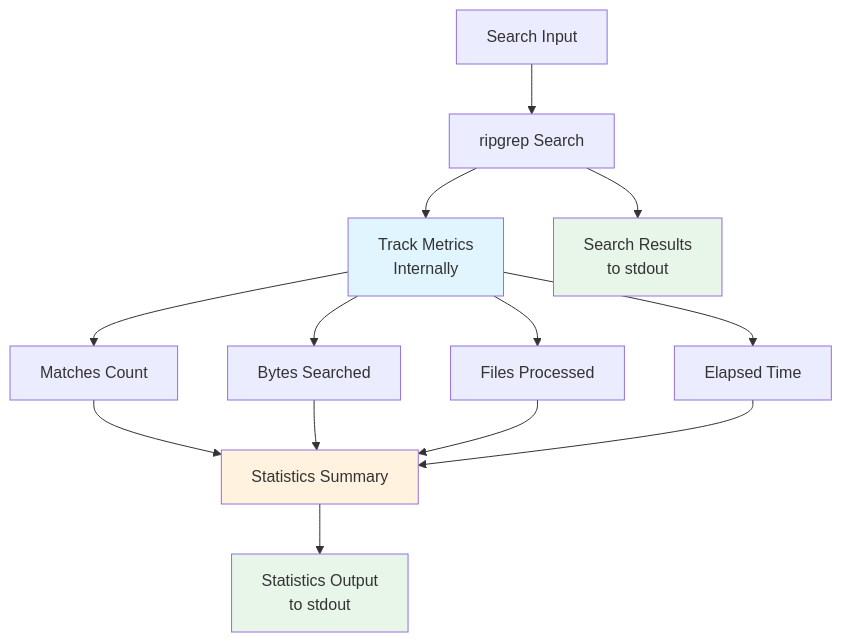
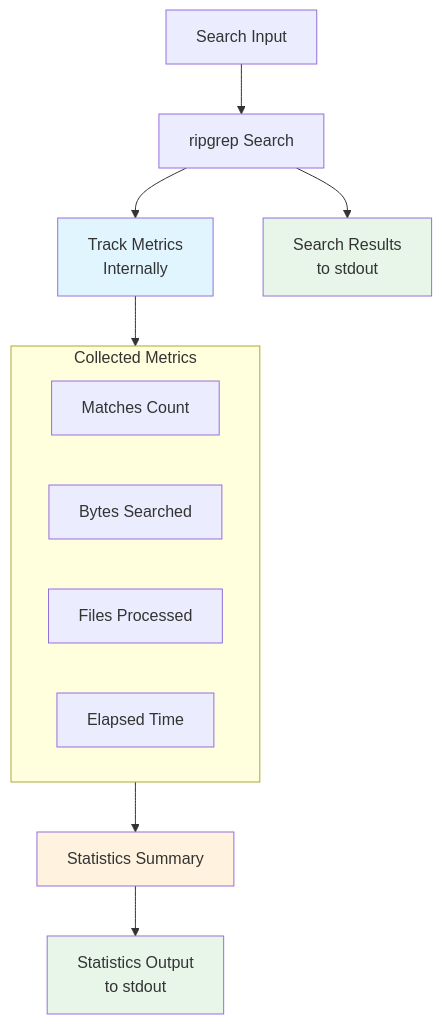
Before and after one commit to iepathos/ripgrep: the first of 4 diagrams in docs/statistics.md, drawn with Mermaid. The commit also changed other lines of this file and 3 other files, not shown here.

First line of the commit message:
fix: improve Mermaid diagram readability

````diff
--- a/docs/statistics.md
+++ b/docs/statistics.md
@@ -28,24 +28,26 @@
 ```mermaid
 flowchart TD
     Input[Search Input] --> Search[ripgrep Search]
     Search --> Track["Track Metrics
 Internally"]
-    Track --> M1[Matches Count]
-    Track --> M2[Bytes Searched]
-    Track --> M3[Files Processed]
-    Track --> M4[Elapsed Time]
+
+    subgraph Metrics["Collected Metrics"]
+        M1[Matches Count]
+        M2[Bytes Searched]
+        M3[Files Processed]
+        M4[Elapsed Time]
+    end
+
+    Track --> Metrics
 
     Search --> Results["Search Results
 to stdout"]
-    M1 --> Stats[Statistics Summary]
-    M2 --> Stats
-    M3 --> Stats
-    M4 --> Stats
+    Metrics --> Stats[Statistics Summary]
     Stats --> Output["Statistics Output
 to stdout"]
 
     style Track fill:#e1f5ff
     style Stats fill:#fff3e0
     style Results fill:#e8f5e9
     style Output fill:#e8f5e9
 ```
````
